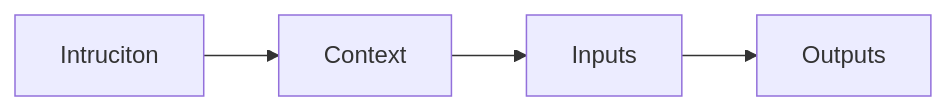
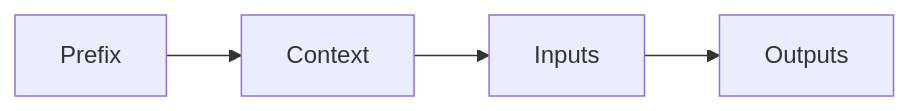
Before and after one commit to Yrrrrrf/artificial_intelligence: the diagram in doc/prompt_engineering.md, drawn with Mermaid. The commit also changed other lines of this file and 9 other files, not shown here.

````diff
--- a/doc/prompt_engineering.md
+++ b/doc/prompt_engineering.md
@@ -9,7 +10,6 @@
 ```mermaid
 graph LR
-
-A[Intruciton] --> B[Context]
+A[Prefix] --> B[Context]
 B --> C[Inputs]
 C --> D[Outputs]
 ```
````
